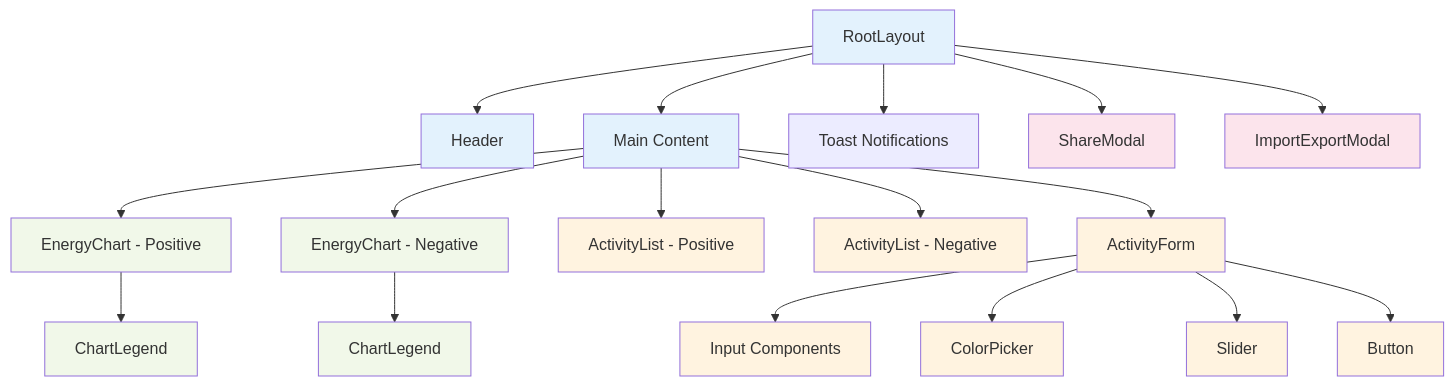
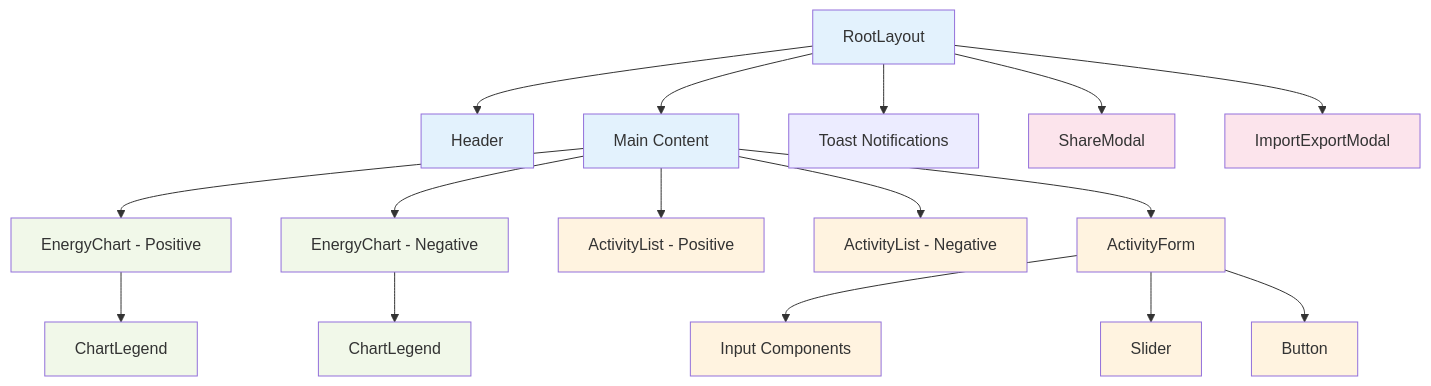
The third of 13 diagrams in docs/software_design.md (tobihagemann/energiekuchen), drawn with Mermaid before and after one commit. The commit also changed other lines of this file and 24 other files, not shown here.

````diff
--- a/docs/software_design.md
+++ b/docs/software_design.md
@@ -169,33 +168,32 @@
 ```mermaid
 graph TD
     A[RootLayout] --> B[Header]
     A --> C[Main Content]
     A --> D[Toast Notifications]
 
     C --> E[EnergyChart - Positive]
     C --> F[EnergyChart - Negative]
     C --> G[ActivityList - Positive]
     C --> H[ActivityList - Negative]
     C --> I[ActivityForm]
 
     E --> J[ChartLegend]
     F --> K[ChartLegend]
 
     A --> L[ShareModal]
     A --> M[ImportExportModal]
 
     I --> P[Input Components]
-    I --> Q[ColorPicker]
     I --> R[Slider]
     I --> S[Button]
 
     classDef layout fill:#e3f2fd
     classDef chart fill:#f1f8e9
     classDef form fill:#fff3e0
     classDef modal fill:#fce4ec
 
     class A,B,C layout
     class E,F,J,K chart
     class G,H,I,P,Q,R,S form
     class L,M,N,O modal
 ```
````
